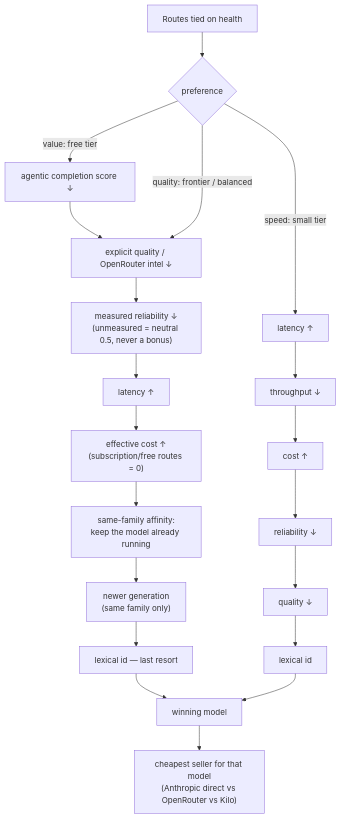
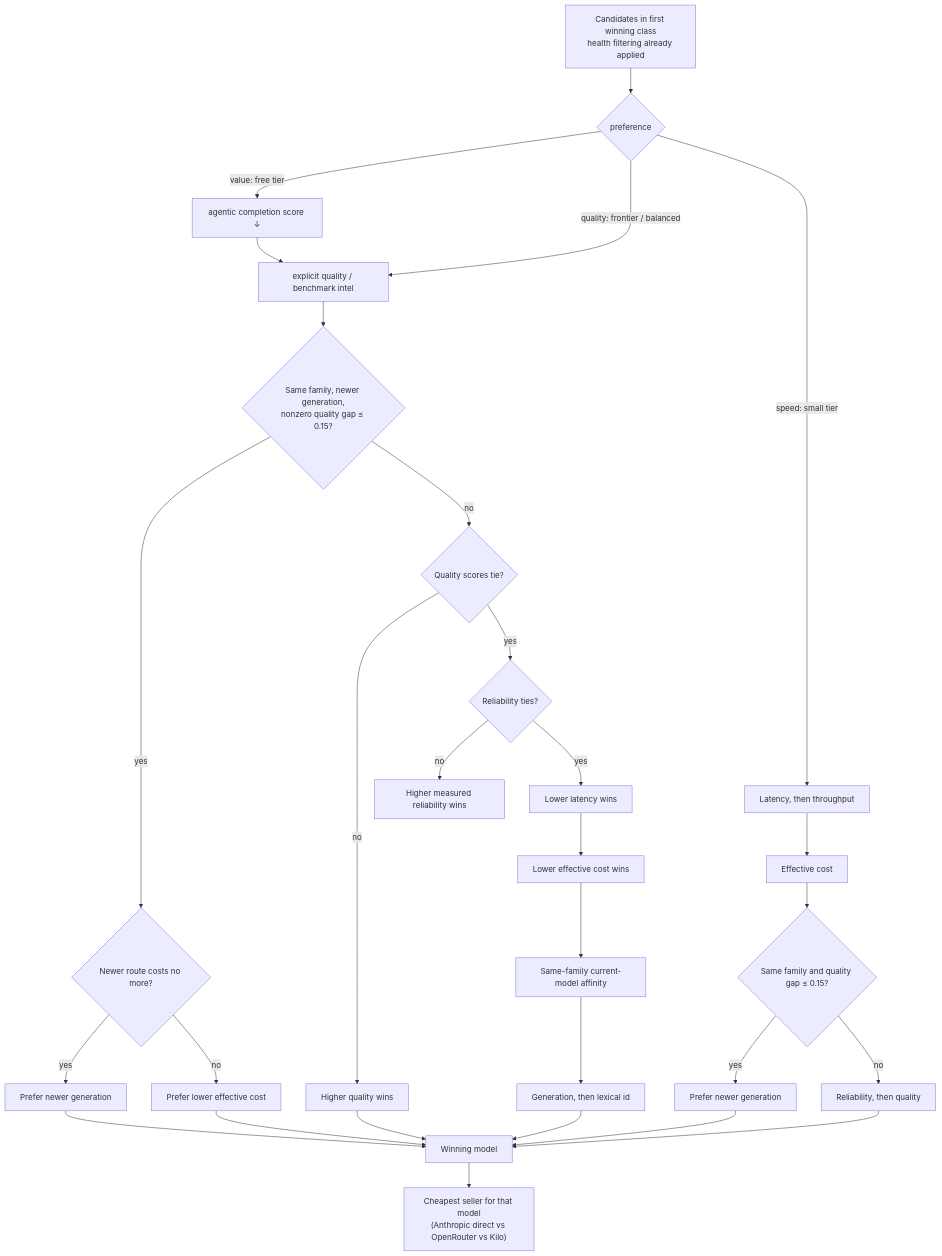
The second of 2 diagrams in README.md (uzvld/poor-mans-router), drawn with Mermaid before and after one commit. The commit also changed other lines of this file and 3 other files, not shown here.

First line of the commit message:
fix: prefer newer same-family generations

````diff
--- a/README.md
+++ b/README.md
@@ -84,17 +84,31 @@
 ```mermaid
 flowchart TD
-    Start[Routes tied on health] --> Pref{preference}
-    Pref -- "value: free tier" --> V0[agentic completion score ↓]
+    Start["Candidates in first winning class<br/>health filtering already applied"] --> Pref{preference}
+    Pref -- "value: free tier" --> V0["agentic completion score ↓"]
     V0 --> Q0
-    Pref -- "quality: frontier / balanced" --> Q0[explicit quality / OpenRouter intel ↓]
-    Q0 --> Q1["measured reliability ↓<br/>(unmeasured = neutral 0.5, never a bonus)"]
-    Q1 --> Q2[latency ↑]
-    Q2 --> Q3["effective cost ↑<br/>(subscription/free routes = 0)"]
-    Q3 --> Q4["same-family affinity:<br/>keep the model already running"]
-    Q4 --> Q5["newer generation<br/>(same family only)"]
-    Q5 --> Q6[lexical id — last resort]
-    Pref -- "speed: small tier" --> S0[latency ↑] --> S1[throughput ↓] --> S2[cost ↑] --> S3[reliability ↓] --> S4[quality ↓] --> S5[lexical id]
-    Q6 --> Done[winning model]
-    S5 --> Done
-    Done --> Seller["cheapest seller for that model<br/>(Anthropic direct vs OpenRouter vs Kilo)"]
+    Pref -- "quality: frontier / balanced" --> Q0["explicit quality / benchmark intel"]
+    Q0 --> Override{"Same family, newer generation,<br/>nonzero quality gap ≤ 0.15?"}
+    Override -- yes --> CostCheck{"Newer route costs no more?"}
+    CostCheck -- yes --> Newer["Prefer newer generation"]
+    CostCheck -- no --> Older["Prefer lower effective cost"]
+    Override -- no --> QualityTie{"Quality scores tie?"}
+    QualityTie -- no --> Quality["Higher quality wins"]
+    QualityTie -- yes --> ReliabilityTie{"Reliability ties?"}
+    ReliabilityTie -- no --> Reliability["Higher measured reliability wins"]
+    ReliabilityTie -- yes --> Latency["Lower latency wins"]
+    Latency --> Cost["Lower effective cost wins"]
+    Cost --> Affinity["Same-family current-model affinity"]
+    Affinity --> Generation["Generation, then lexical id"]
+    Pref -- "speed: small tier" --> S0["Latency, then throughput"]
+    S0 --> S1["Effective cost"]
+    S1 --> S2{"Same family and quality gap ≤ 0.15?"}
+    S2 -- yes --> S3["Prefer newer generation"]
+    S2 -- no --> S4["Reliability, then quality"]
+    S3 --> Done["Winning model"]
+    S4 --> Done
+    Newer --> Done
+    Older --> Done
+    Quality --> Done
+    Generation --> Done
+    Done --> Seller["Cheapest seller for that model<br/>(Anthropic direct vs OpenRouter vs Kilo)"]
 ```
````
